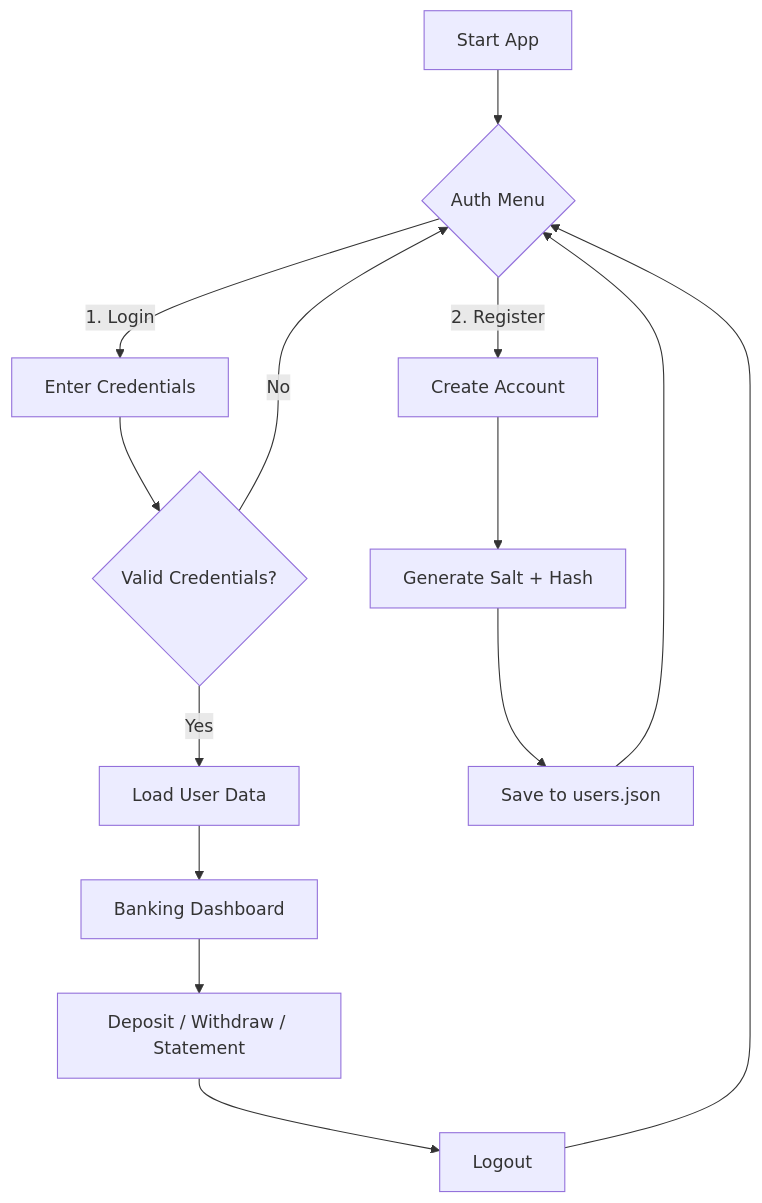
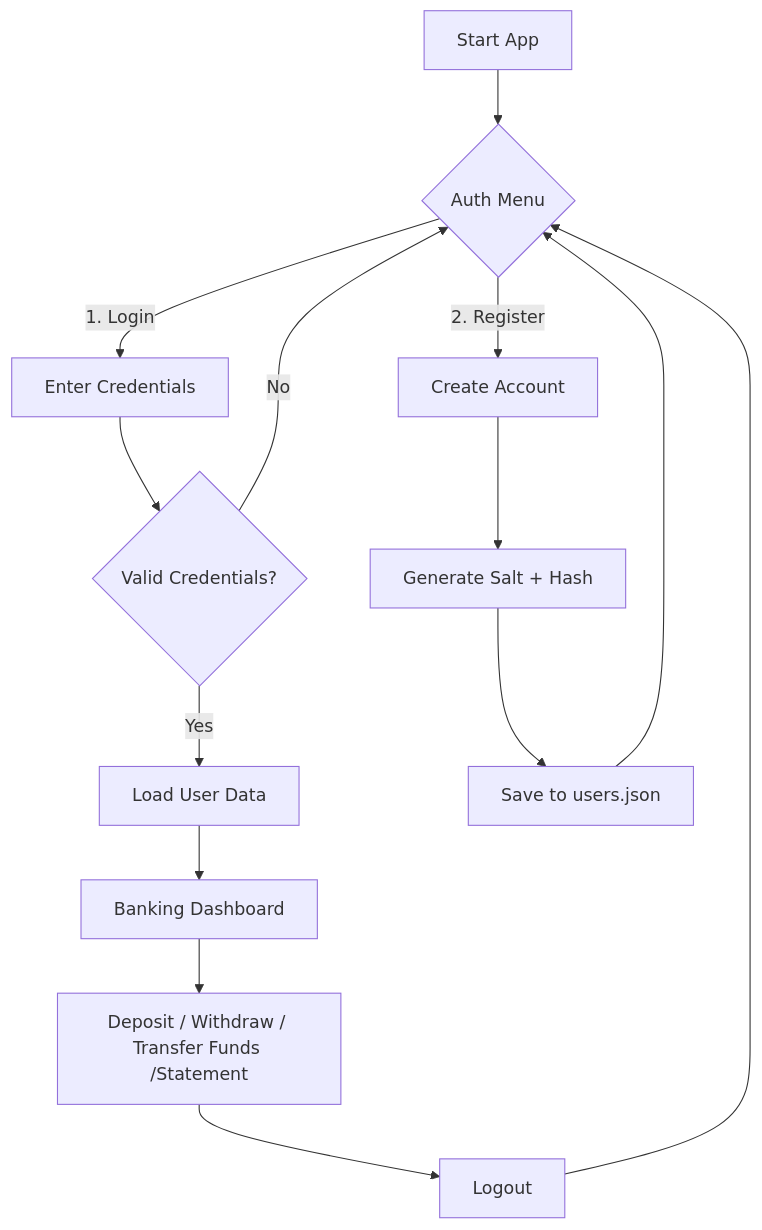
Before and after one commit to saikumarseepana/FinCore-Ledger-System: the first of 2 diagrams in README.md, drawn with Mermaid. The commit also changed other lines of this file, not shown here.

Commit message:
docs: updated with Transfer funds feature and Transfer flow diagram

````diff
--- a/README.md
+++ b/README.md
@@ -28,19 +33,19 @@
 ```mermaid
 graph TD
     A[Start App] --> B{Auth Menu}
     B -- 1. Login --> C[Enter Credentials]
     B -- 2. Register --> D[Create Account]
     
     C --> E{Valid Credentials?}
     E -- No --> B
     E -- Yes --> F[Load User Data]
     
     D --> G[Generate Salt + Hash]
     G --> H[Save to users.json]
     H --> B
     
     F --> I[Banking Dashboard]
-    I --> J[Deposit / Withdraw / Statement]
+    I --> J[Deposit / Withdraw / Transfer Funds /Statement]
     J --> K[Logout]
     K --> B
 ```
````
